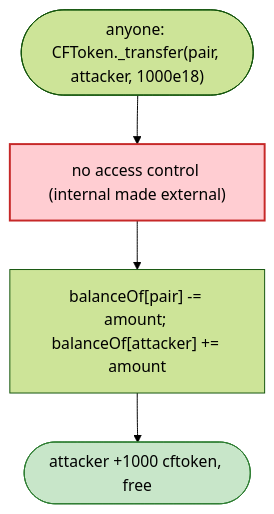
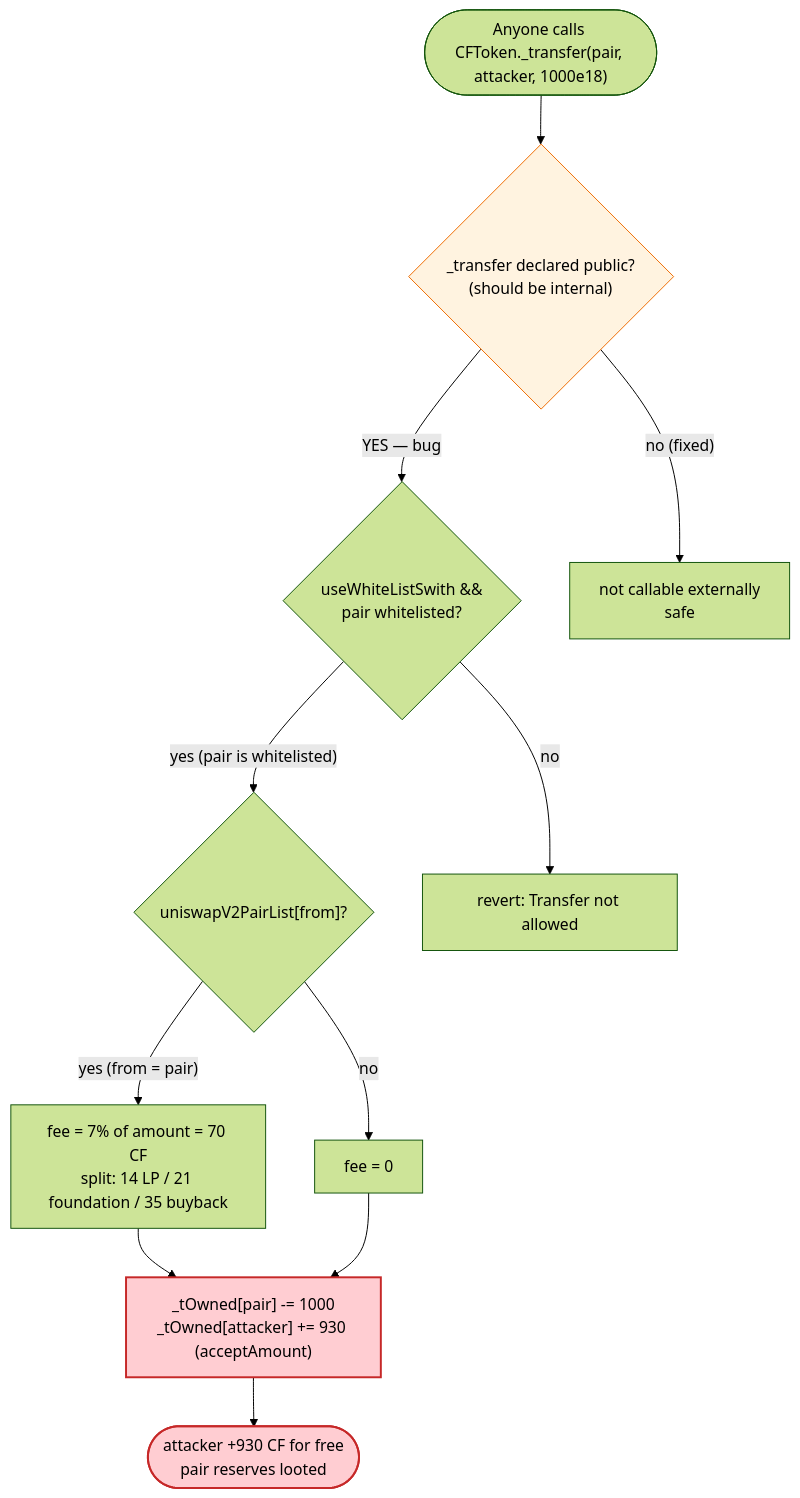
The third of 3 diagrams in 2022-04-cftoken_exp/cftoken_exp.md (sanbir/evm-hack-registry), drawn with Mermaid (forest theme) before and after one commit. The commit also changed other lines of this file and 52 other files, not shown here.

````diff
--- a/2022-04-cftoken_exp/cftoken_exp.md
+++ b/2022-04-cftoken_exp/cftoken_exp.md
@@ -55,9 +239,17 @@
 ```mermaid
 flowchart TD
-    A(["anyone: CFToken._transfer(pair, attacker, 1000e18)"]) --> C["no access control (internal made external)"]
-    C --> M["balanceOf[pair] -= amount; balanceOf[attacker] += amount"]
-    M --> OUT(["attacker +1000 cftoken, free"])
+    Start(["Anyone calls CFToken._transfer(pair, attacker, 1000e18)"]) --> Vis{"_transfer declared public?<br/>(should be internal)"}
+    Vis -- "YES — bug" --> WL{"useWhiteListSwith &&<br/>pair whitelisted?"}
+    Vis -- "no (fixed)" --> Rev1["not callable externally<br/>safe"]
+    WL -- "yes (pair is whitelisted)" --> Pair{"uniswapV2PairList[from]?"}
+    WL -- "no" --> Rev2["revert: Transfer not allowed"]
+    Pair -- "yes (from = pair)" --> Fee["fee = 7% of amount = 70 CF<br/>split: 14 LP / 21 foundation / 35 buyback"]
+    Pair -- "no" --> NoFee["fee = 0"]
+    Fee --> Move["_tOwned[pair] -= 1000<br/>_tOwned[attacker] += 930 (acceptAmount)"]
+    NoFee --> Move
+    Move --> Done(["attacker +930 CF for free<br/>pair reserves looted"])
 
-    style C fill:#ffcdd2,stroke:#c62828,stroke-width:2px
-    style OUT fill:#c8e6c9,stroke:#2e7d32
+    style Vis fill:#fff3e0,stroke:#ef6c00
+    style Move fill:#ffcdd2,stroke:#c62828,stroke-width:2px
+    style Done fill:#ffcdd2,stroke:#c62828,stroke-width:2px
 ```
````
